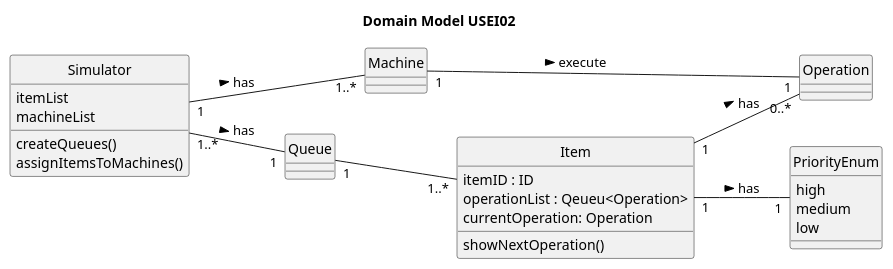
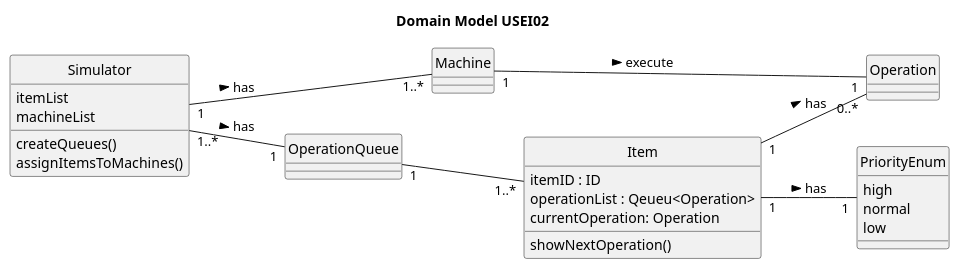
The diagram in documentation/sprint1/ESINF/usei02/02.analysis/puml/usei02-domain-model.puml (JorgeUbaldoR/sem3-25-pi-2024_25-G131), drawn with PlantUML before and after one commit. The commit also changed 4 other files, not shown here.

```diff
--- a/documentation/sprint1/ESINF/usei02/02.analysis/puml/usei02-domain-model.puml
+++ b/documentation/sprint1/ESINF/usei02/02.analysis/puml/usei02-domain-model.puml
@@ -1,55 +1,55 @@
 @startuml
 skinparam monochrome true
 skinparam packageStyle rectangle
 skinparam shadowing false
 
 left to right direction
 
 skinparam classAttributeIconSize 0
 
 hide circle
 'hide methods
 
 title Domain Model USEI02
 
 
 class Simulator {
     itemList
     machineList
     createQueues()
     assignItemsToMachines()
 }
 
 class Item {
     itemID : ID
     operationList : Qeueu<Operation>
     currentOperation: Operation
     showNextOperation()
 }
 
 class PriorityEnum{
     high
-    medium
+    normal
     low
 }
 
 
 
 class Operation {
 
 }
 
 class Machine{
 }
 
-class Queue{
+class OperationQueue{
 }
 
 Item "1" -- "0..*" Operation : has >
 Machine "1" - "         1" Operation: execute >
 Item "1" -- "1" PriorityEnum : has >
 'Simulator "1" -- "*" Operation : do >
-Simulator "1..*" -- "1" Queue: has >
+Simulator "1..*" -- "1" OperationQueue: has >
 Simulator "1" -- "1..*" Machine : has >
-Queue "1" -- "1..*" Item
+OperationQueue "1" -- "1..*" Item
 @enduml
```
